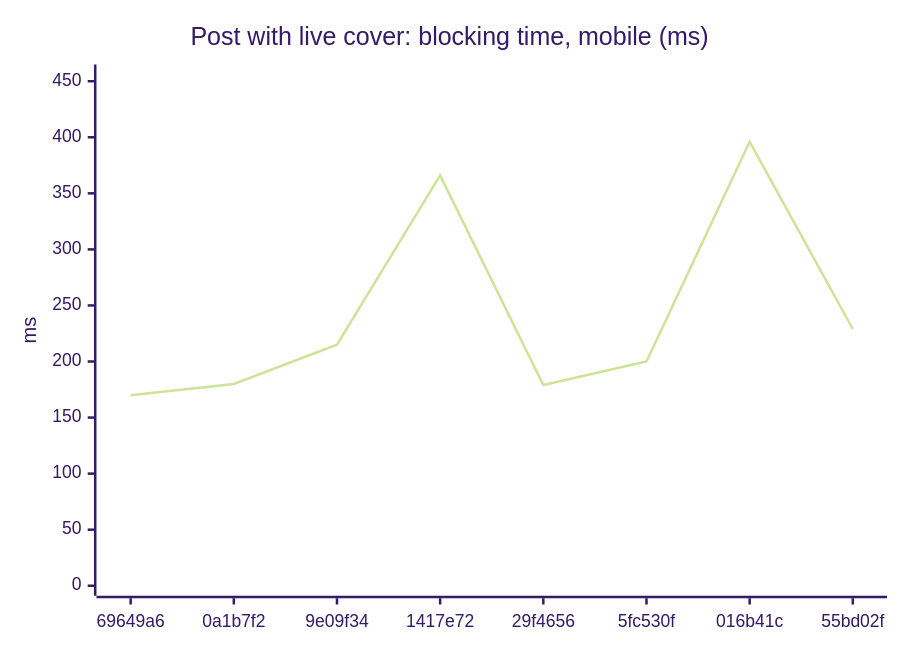
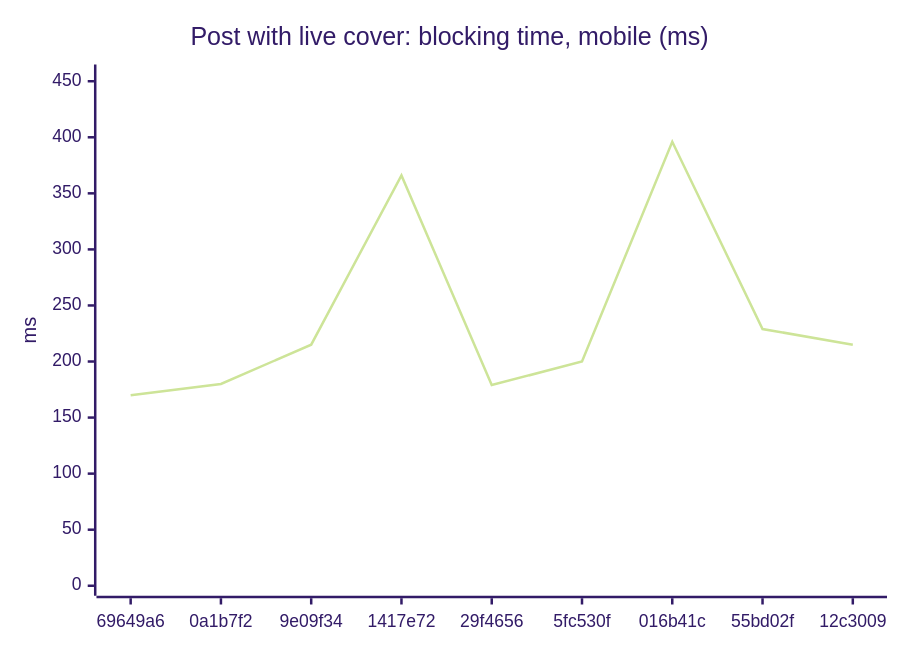
Diagram 14 of 18 in README.md (AxelUser/maltsev.space), drawn with Mermaid (forest theme) before and after one commit. The commit also changed other lines of this file and 1 other file, not shown here.

````diff
--- a/README.md
+++ b/README.md
@@ -151,7 +151,7 @@
 ```mermaid
 xychart-beta
   title "Post with live cover: blocking time, mobile (ms)"
-  x-axis ["69649a6", "0a1b7f2", "9e09f34", "1417e72", "29f4656", "5fc530f", "016b41c", "55bd02f"]
+  x-axis ["69649a6", "0a1b7f2", "9e09f34", "1417e72", "29f4656", "5fc530f", "016b41c", "55bd02f", "12c3009"]
   y-axis "ms" 0 --> 456
-  line [170, 180, 215, 366, 179, 200, 396, 229]
+  line [170, 180, 215, 366, 179, 200, 396, 229, 215]
 ```
````
